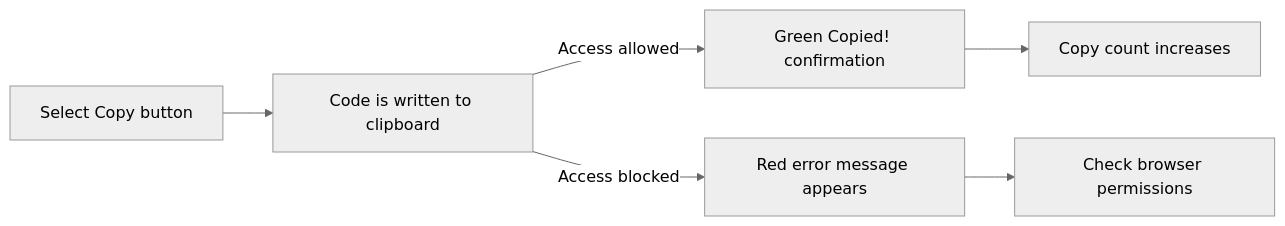
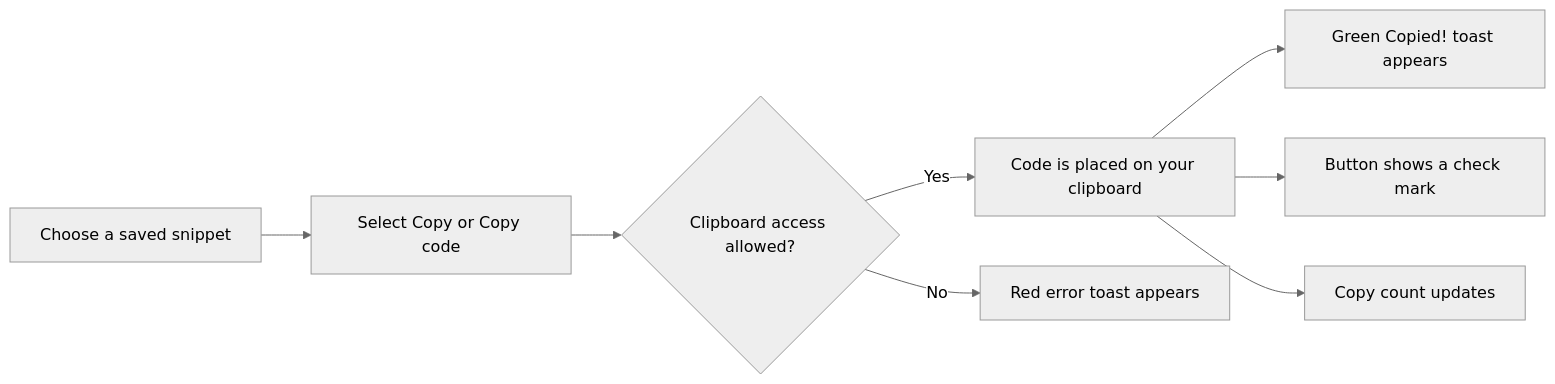
The diagram in api2-documentation/plan_2026-11-02_f8890e/user-facing-docs/copy-to-clipboard.md (Mohita111/API2), drawn with Mermaid (neutral theme) before and after one commit. The commit also changed other lines of this file and 13 other files, not shown here.

````diff
--- a/api2-documentation/plan_2026-11-02_f8890e/user-facing-docs/copy-to-clipboard.md
+++ b/api2-documentation/plan_2026-11-02_f8890e/user-facing-docs/copy-to-clipboard.md
@@ -22,8 +23,10 @@
 ```mermaid
 graph LR
-    A[Select Copy button] --> B[Code is written to clipboard]
-    B -->|Access allowed| C["Green Copied! confirmation"]
-    B -->|Access blocked| D[Red error message appears]
-    C --> E[Copy count increases]
-    D --> F[Check browser permissions]
+  A["Choose a saved snippet"] --> B["Select Copy or Copy code"]
+  B --> C{"Clipboard access allowed?"}
+  C -->|"Yes"| D["Code is placed on your clipboard"]
+  C -->|"No"| E["Red error toast appears"]
+  D --> F["Green Copied! toast appears"]
+  D --> G["Button shows a check mark"]
+  D --> H["Copy count updates"]
 ```
````
